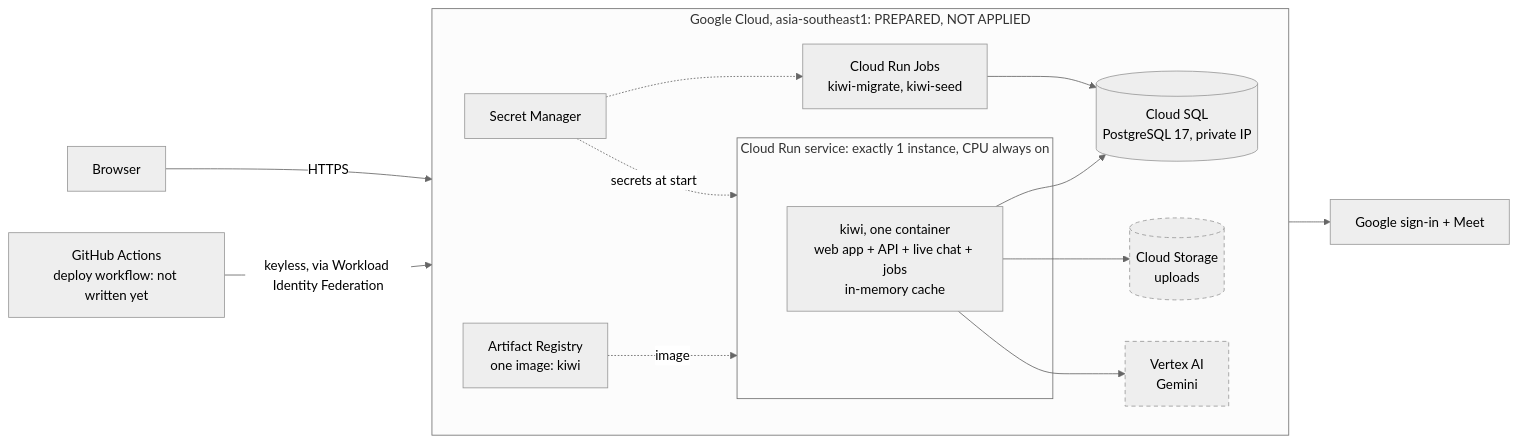
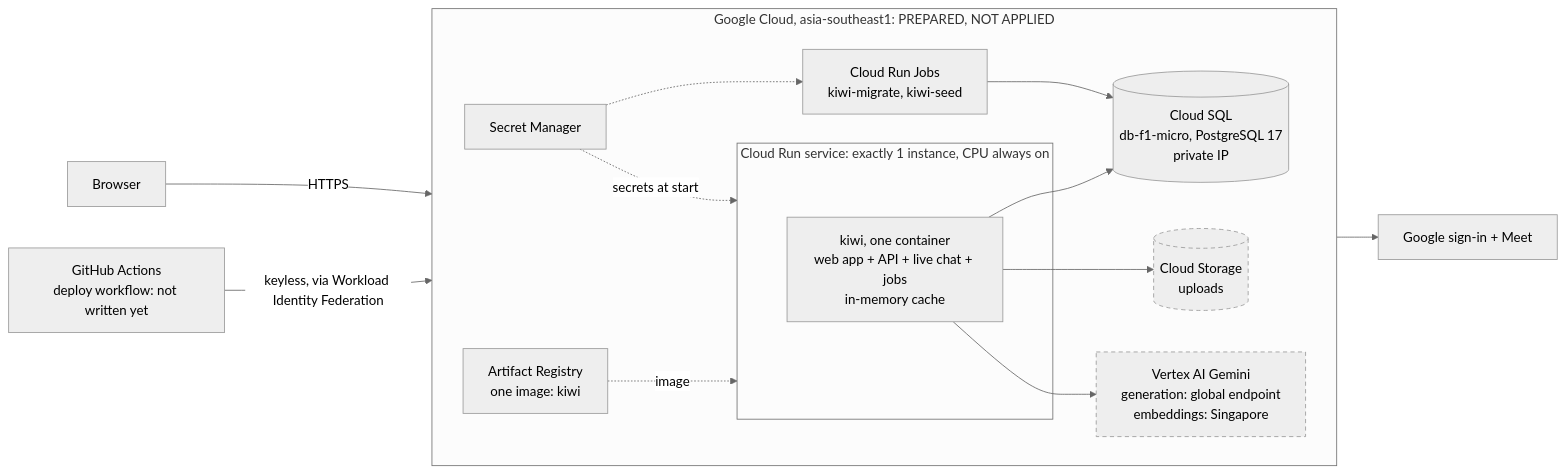
One commit to Gemii-Team/gcp-ai-builder-cup-2026 changed the second of 3 diagrams in README.md. Above: the diagram before and after it, drawn with Mermaid (neutral theme). The commit also changed other lines of this file, not shown here.

First line of the commit message:
docs(readme): db-f1-micro, global-endpoint generation and the new window total

````diff
--- a/README.md
+++ b/README.md
@@ -88,27 +88,27 @@
 ```mermaid
 flowchart LR
     you["Browser"]
     gha["GitHub Actions<br/>deploy workflow: not written yet"]
     google["Google sign-in + Meet"]
     subgraph gcp["Google Cloud, asia-southeast1: PREPARED, NOT APPLIED"]
         direction LR
         subgraph run["Cloud Run service: exactly 1 instance, CPU always on"]
             kiwi["kiwi, one container<br/>web app + API + live chat + jobs<br/>in-memory cache"]
         end
         jobs["Cloud Run Jobs<br/>kiwi-migrate, kiwi-seed"]
-        sql[("Cloud SQL<br/>PostgreSQL 17, private IP")]
+        sql[("Cloud SQL<br/>db-f1-micro, PostgreSQL 17<br/>private IP")]
         gcs[("Cloud Storage<br/>uploads")]
-        vertex["Vertex AI<br/>Gemini"]
+        vertex["Vertex AI Gemini<br/>generation: global endpoint<br/>embeddings: Singapore"]
         sm["Secret Manager"]
         ar["Artifact Registry<br/>one image: kiwi"]
     end
     you -->|"HTTPS"| kiwi
     kiwi --> sql & gcs & vertex & google
     jobs --> sql
     sm -.->|"secrets at start"| run
     sm -.-> jobs
     gha -->|"keyless, via Workload Identity Federation"| ar
     ar -.->|"image"| run
     classDef missing stroke-dasharray: 5 4
     class gcs,vertex missing
 ```
````
